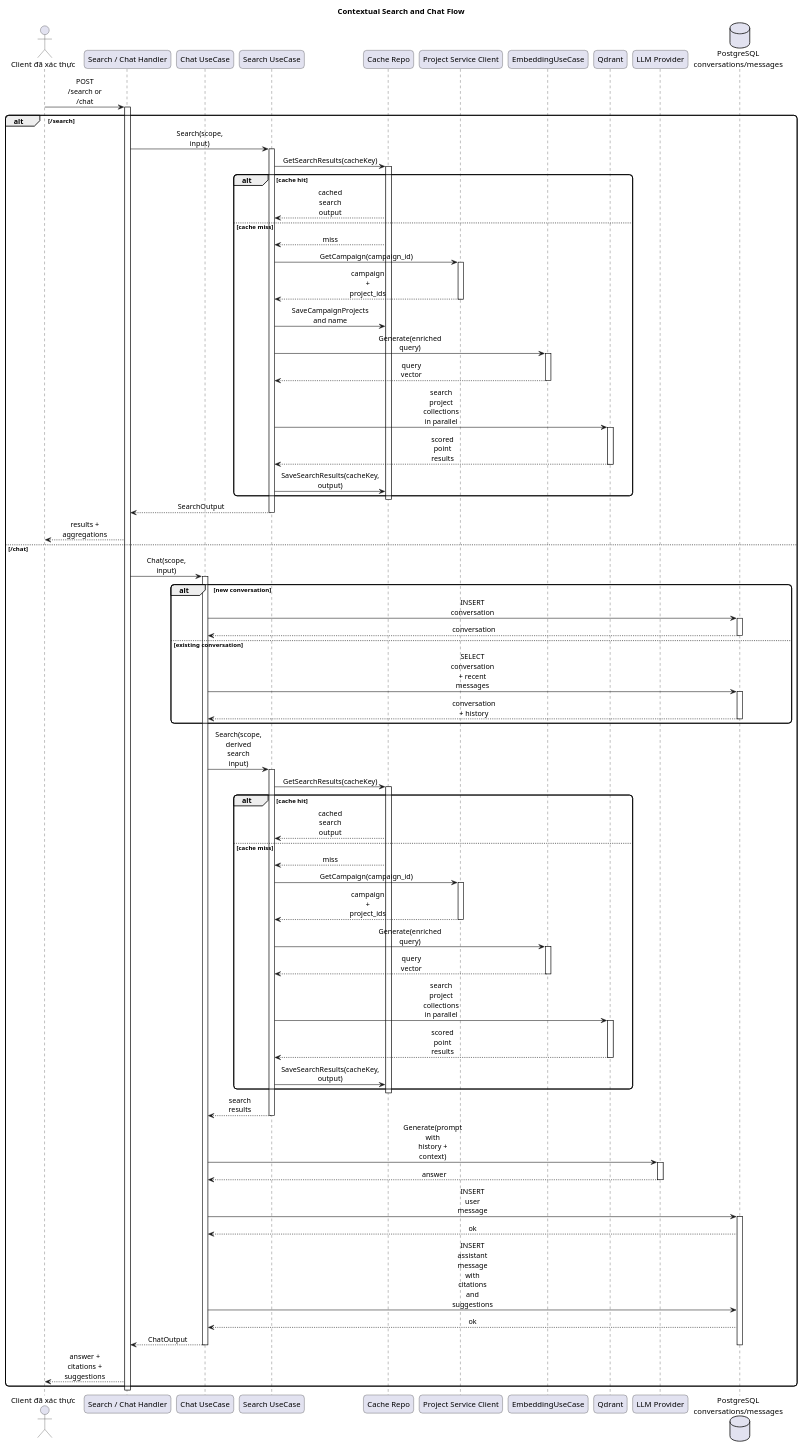
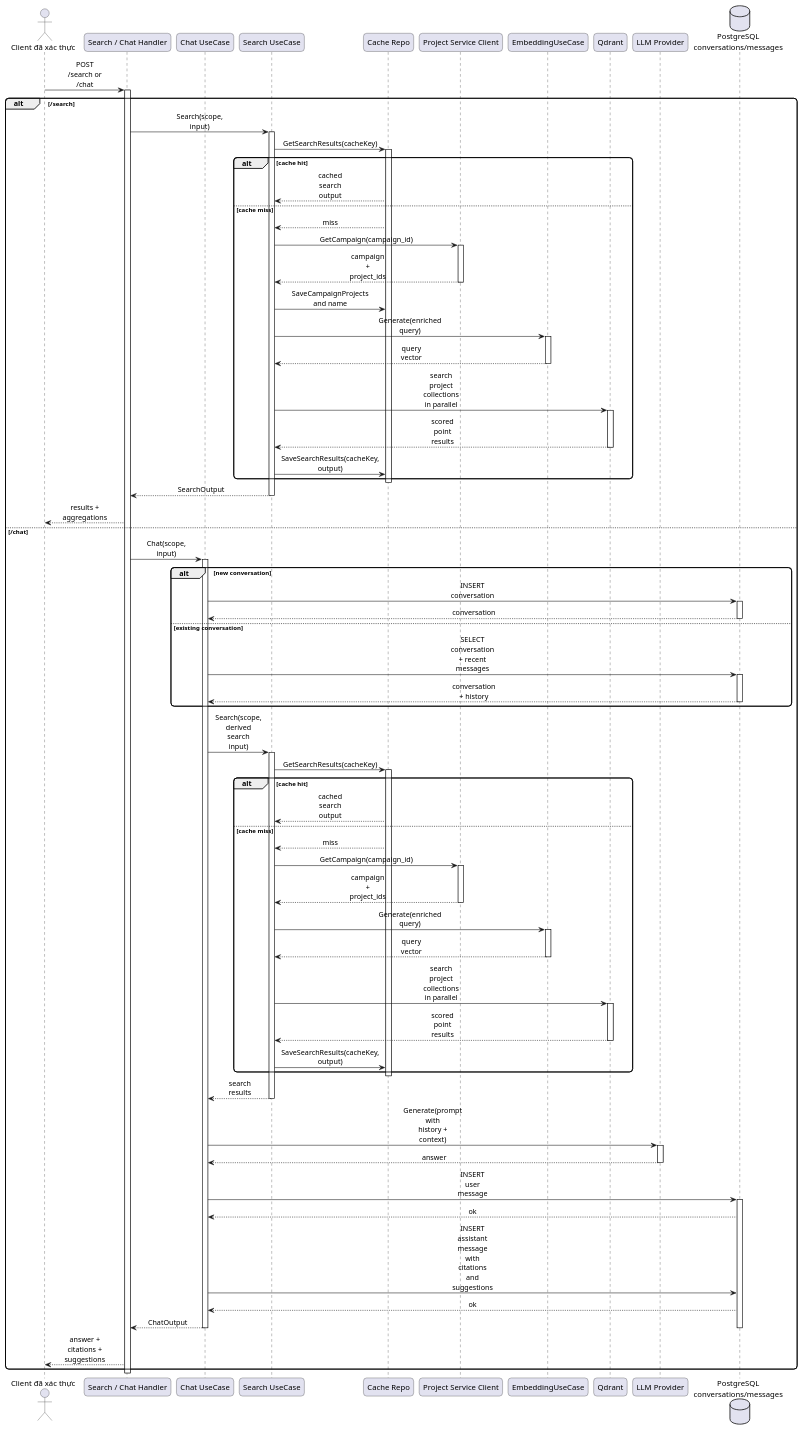
One commit to smap-hcmut/report changed the diagram in final-report/images/chapter_5/seq-knowledge-search-chat-flow.puml. Above: the diagram before and after it, drawn with PlantUML. The commit also changed 67 other files, not shown here.

```diff
--- a/final-report/images/chapter_5/seq-knowledge-search-chat-flow.puml
+++ b/final-report/images/chapter_5/seq-knowledge-search-chat-flow.puml
@@ -1,109 +1,108 @@
 @startuml
-title Contextual Search and Chat Flow
 skinparam defaultFontName Arial
 skinparam shadowing false
 skinparam sequenceMessageAlign center
 skinparam responseMessageBelowArrow true
 skinparam maxMessageSize 70
 skinparam roundcorner 12
 
 actor "Client đã xác thực" as Client
 participant "Search / Chat Handler" as Handler
 participant "Chat UseCase" as ChatUC
 participant "Search UseCase" as SearchUC
 participant "Cache Repo" as CacheRepo
 participant "Project Service Client" as ProjectClient
 participant "EmbeddingUseCase" as Embedding
 participant "Qdrant" as Qdrant
 participant "LLM Provider" as LLM
 database "PostgreSQL\nconversations/messages" as PostgreSQL
 
 Client -> Handler : POST /search or /chat
 activate Handler
 
 alt /search
   Handler -> SearchUC : Search(scope, input)
   activate SearchUC
   SearchUC -> CacheRepo : GetSearchResults(cacheKey)
   activate CacheRepo
   alt cache hit
     CacheRepo --> SearchUC : cached search output
   else cache miss
     CacheRepo --> SearchUC : miss
     SearchUC -> ProjectClient : GetCampaign(campaign_id)
     activate ProjectClient
     ProjectClient --> SearchUC : campaign + project_ids
     deactivate ProjectClient
     SearchUC -> CacheRepo : SaveCampaignProjects and name
     SearchUC -> Embedding : Generate(enriched query)
     activate Embedding
     Embedding --> SearchUC : query vector
     deactivate Embedding
     SearchUC -> Qdrant : search project collections in parallel
     activate Qdrant
     Qdrant --> SearchUC : scored point results
     deactivate Qdrant
     SearchUC -> CacheRepo : SaveSearchResults(cacheKey, output)
   end
   deactivate CacheRepo
   SearchUC --> Handler : SearchOutput
   deactivate SearchUC
   Handler --> Client : results + aggregations
 else /chat
   Handler -> ChatUC : Chat(scope, input)
   activate ChatUC
   alt new conversation
     ChatUC -> PostgreSQL : INSERT conversation
     activate PostgreSQL
     PostgreSQL --> ChatUC : conversation
     deactivate PostgreSQL
   else existing conversation
     ChatUC -> PostgreSQL : SELECT conversation + recent messages
     activate PostgreSQL
     PostgreSQL --> ChatUC : conversation + history
     deactivate PostgreSQL
   end
 
   ChatUC -> SearchUC : Search(scope, derived search input)
   activate SearchUC
   SearchUC -> CacheRepo : GetSearchResults(cacheKey)
   activate CacheRepo
   alt cache hit
     CacheRepo --> SearchUC : cached search output
   else cache miss
     CacheRepo --> SearchUC : miss
     SearchUC -> ProjectClient : GetCampaign(campaign_id)
     activate ProjectClient
     ProjectClient --> SearchUC : campaign + project_ids
     deactivate ProjectClient
     SearchUC -> Embedding : Generate(enriched query)
     activate Embedding
     Embedding --> SearchUC : query vector
     deactivate Embedding
     SearchUC -> Qdrant : search project collections in parallel
     activate Qdrant
     Qdrant --> SearchUC : scored point results
     deactivate Qdrant
     SearchUC -> CacheRepo : SaveSearchResults(cacheKey, output)
   end
   deactivate CacheRepo
   SearchUC --> ChatUC : search results
   deactivate SearchUC
 
   ChatUC -> LLM : Generate(prompt with history + context)
   activate LLM
   LLM --> ChatUC : answer
   deactivate LLM
   ChatUC -> PostgreSQL : INSERT user message
   activate PostgreSQL
   PostgreSQL --> ChatUC : ok
   ChatUC -> PostgreSQL : INSERT assistant message\nwith citations and suggestions
   PostgreSQL --> ChatUC : ok
   ChatUC --> Handler : ChatOutput
   deactivate PostgreSQL
   deactivate ChatUC
   Handler --> Client : answer + citations + suggestions
 end
 
 deactivate Handler
 @enduml
```
